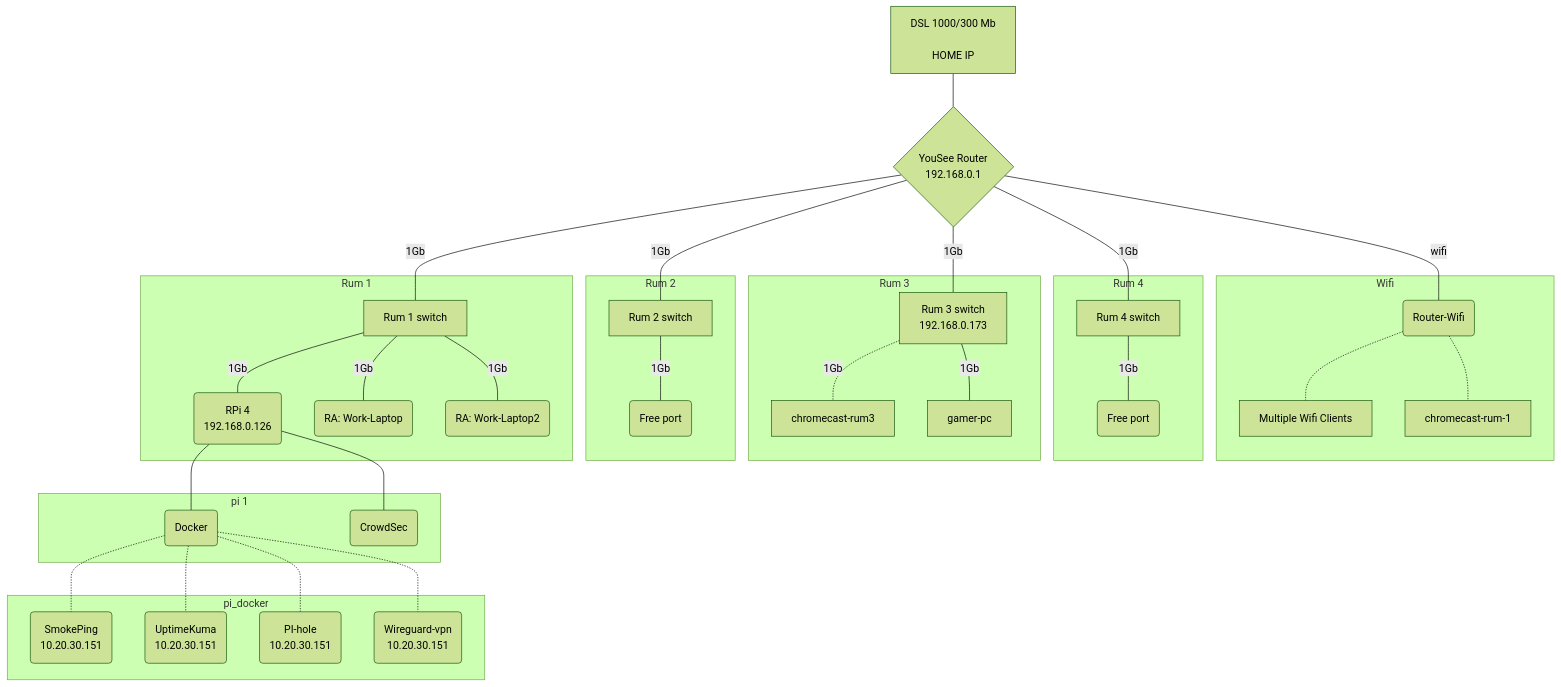
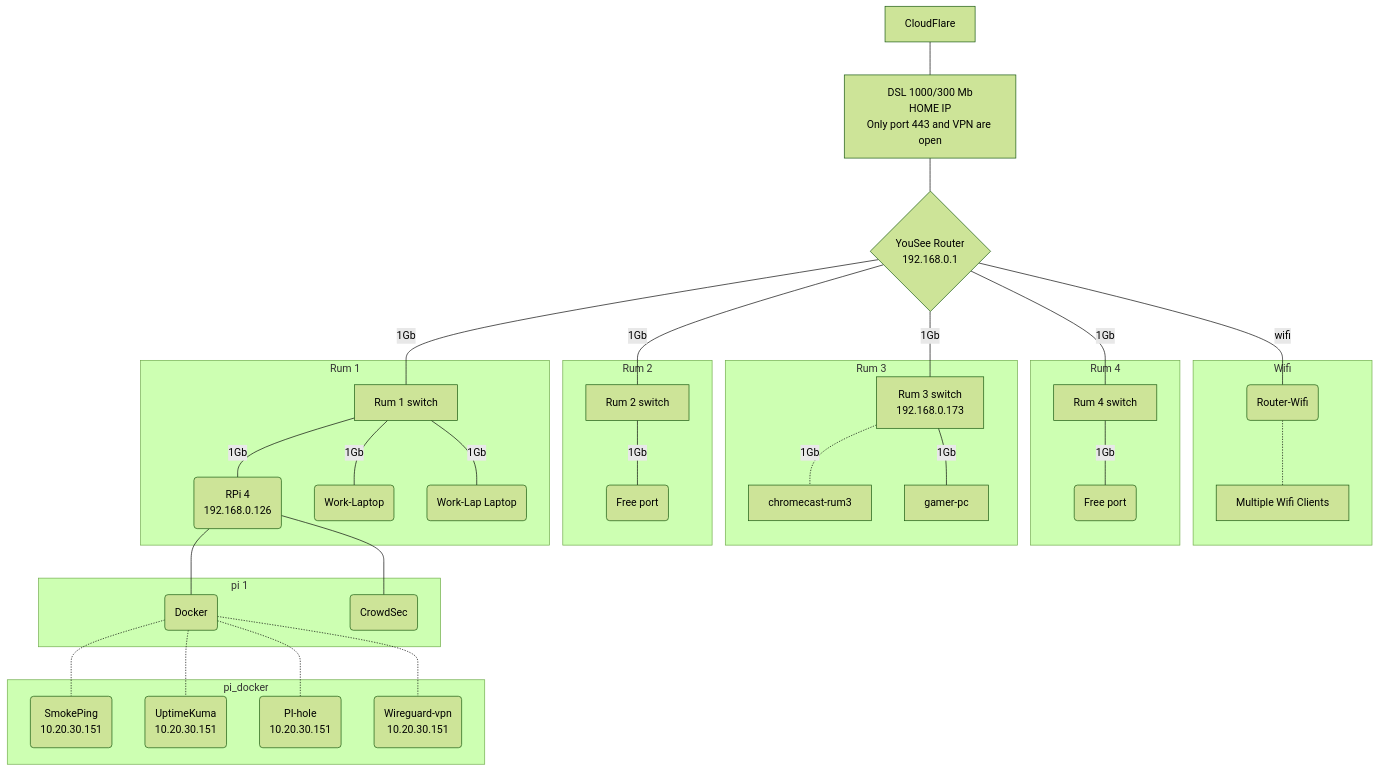
One commit to alf149/ansible changed the diagram in Docs/Index.md. Above: the diagram before and after it, drawn with Mermaid (forest theme).

Commit message:
cloudflare and ports added

````diff
--- a/Docs/Index.md
+++ b/Docs/Index.md
@@ -21,49 +21,47 @@
 ```mermaid
 graph TD
  linkStyle default interpolate basis
- wan1[<center>DSL 1000/300 Mb<br><br>HOME IP</center>]---router{<center>YouSee Router<br>192.168.0.1</center>}
+ cloudflare[<center>CloudFlare</center>]---wan
+ wan[<center>DSL 1000/300 Mb<br>HOME IP<br>Only port 443 and VPN are open</center>]---router{<center>YouSee Router<br>192.168.0.1</center>}
  router---|1Gb|rum_1[<center>Rum 1 switch</center>]
  router---|1Gb|rum_2[<center>Rum 2 switch</center>]
  router---|1Gb|rum_3[<center>Rum 3 switch<br>192.168.0.173</center>]
  router---|1Gb|rum_4[<center>Rum 4 switch</center>]
  router---|wifi|ac_wifi(<center>Router-Wifi</center>)
 
-subgraph Wifi
-ac_wifi-.-Multiple[<center>Multiple Wifi Clients</center>]
-ac_wifi-.-chromecast-rum-1
-end
-
-subgraph Rum 4
-rum_4---|1Gb|free_2(<center>Free port</center>)
-end
-
-
-subgraph Rum 3
-rum_3-.-|1Gb|chromecast-rum3
-rum_3---|1Gb|gamer-pc
-end
-
-subgraph Rum 2
-rum_2---|1Gb|free_1(<center>Free port</center>)
-end
-
-subgraph Rum 1
-rum_1---|1Gb|pi(<center>RPi 4<br>192.168.0.126</center>)
-rum_1---|1Gb|work(<center>RA: Work-Laptop</center>)
-rum_1---|1Gb|work-lab(<center>RA: Work-Laptop2</center>)
-end
-
-    subgraph pi 1
-    pi---docker(<center>Docker</center>)
-    pi---crowdsec(<center>CrowdSec</center>)
+    subgraph Wifi
+    ac_wifi-.-Multiple[<center>Multiple Wifi Clients</center>]
     end
 
-    subgraph pi_docker
-    docker-.-smokeping(<center>SmokePing<br>10.20.30.151</center>)
-    docker-.-uptimeKuma(<center>UptimeKuma<br>10.20.30.151</center>)
-    docker-.-pihole(<center>PI-hole<br>10.20.30.151</center>)
-    docker-.-wireguardvpn(<center>Wireguard-vpn<br>10.20.30.151</center>)
+    subgraph Rum 4
+    rum_4---|1Gb|free_2(<center>Free port</center>)
     end
 
+    subgraph Rum 3
+    rum_3-.-|1Gb|chromecast-rum3
+    rum_3---|1Gb|gamer-pc
+    end
+
+    subgraph Rum 2
+    rum_2---|1Gb|free_1(<center>Free port</center>)
+    end
+
+    subgraph Rum 1
+    rum_1---|1Gb|pi(<center>RPi 4<br>192.168.0.126</center>)
+    rum_1---|1Gb|work(<center>Work-Laptop</center>)
+    rum_1---|1Gb|work-lab(<center>Work-Lap Laptop</center>)
+    end
+
+        subgraph pi 1
+        pi---docker(<center>Docker</center>)
+        pi---crowdsec(<center>CrowdSec</center>)
+        end
+
+        subgraph pi_docker
+        docker-.-smokeping(<center>SmokePing<br>10.20.30.151</center>)
+        docker-.-uptimeKuma(<center>UptimeKuma<br>10.20.30.151</center>)
+        docker-.-pihole(<center>PI-hole<br>10.20.30.151</center>)
+        docker-.-wireguardvpn(<center>Wireguard-vpn<br>10.20.30.151</center>)
+        end
 
 ```
````
